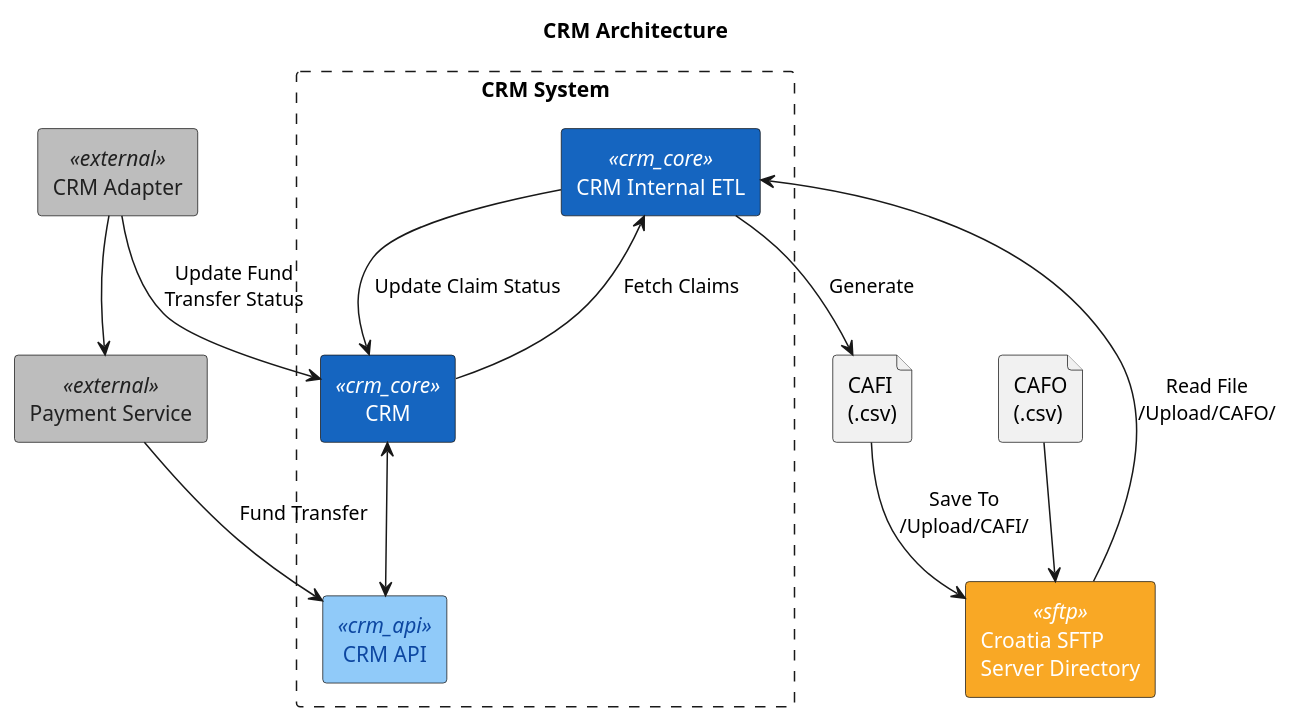
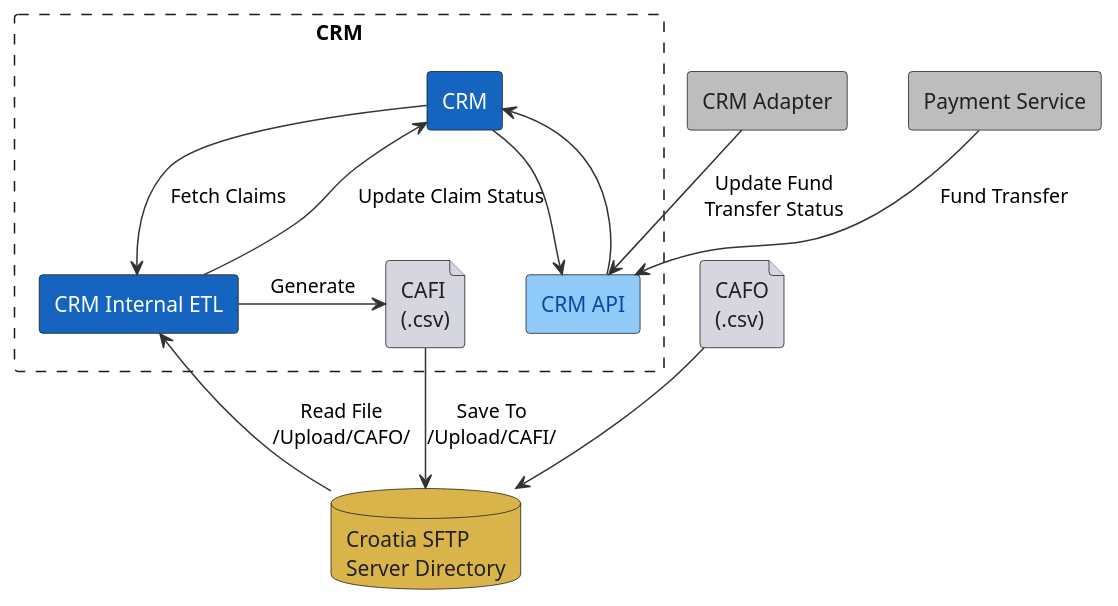
The diagram in crm_plantuml.puml (AdhamNour/plantuml_learning), drawn with PlantUML before and after one commit.

Commit message:
Restyle diagram to match reference architecture drawing
- Drop stereotype labels (hide stereotype) and give SFTP a database
  cylinder shape and the CAFI/CAFO files a neutral gray fill, matching
  the reference instead of the ad hoc component-diagram styling.
- Switch arrows to a muted dark gray and move CAFI inside the CRM
  boundary alongside CRM/ETL/API, as shown in the reference.
- Route CRM Adapter and Payment Service both into CRM API rather than
  CRM Adapter going to CRM directly, matching the reference's topology.
- Drop the title and rename the boundary back to plain "CRM" to mirror
  the reference's corner label.

```diff
--- a/crm_plantuml.puml
+++ b/crm_plantuml.puml
@@ -1,55 +1,63 @@
 @startuml CRM_Architecture
-title CRM Architecture
+
+hide stereotype
 
 skinparam rectangle {
   BackgroundColor<<crm_core>> #1565C0
   FontColor<<crm_core>> white
   BackgroundColor<<crm_api>> #90CAF9
   FontColor<<crm_api>> #0D47A1
-  BackgroundColor<<sftp>> #F9A825
-  FontColor<<sftp>> white
   BackgroundColor<<external>> #BDBDBD
   FontColor<<external>> #212121
+}
+skinparam database {
+  BackgroundColor #D9B44A
+  FontColor #212121
+}
+skinparam file {
+  BackgroundColor #D6D6E0
+  FontColor #212121
 }
 
 skinparam defaultFontName Arial
 skinparam shadowing false
-skinparam nodesep 45
-skinparam ranksep 55
+skinparam ArrowColor #333333
+skinparam nodesep 40
+skinparam ranksep 50
 
-rectangle "CRM System" as boundary #line.dashed {
+rectangle "CRM" as boundary #line.dashed {
   rectangle "CRM" as CRM <<crm_core>>
   rectangle "CRM Internal ETL" as ETL <<crm_core>>
+  file "CAFI\n(.csv)" as CAFI
   rectangle "CRM API" as API <<crm_api>>
 }
 
+database "Croatia SFTP\nServer Directory" as SFTP
 file "CAFO\n(.csv)" as CAFO
-rectangle "Croatia SFTP\nServer Directory" as SFTP <<sftp>>
-file "CAFI\n(.csv)" as CAFI
 
 rectangle "CRM Adapter" as Adapter <<external>>
 rectangle "Payment Service" as Payment <<external>>
 
 ' Internal ETL flows
-CRM --> ETL : Fetch Claims
-ETL --> CRM : Update Claim Status
+CRM -right-> ETL : Fetch Claims
+CRM <-up- ETL : Update Claim Status
 
 ' CRM <-> API
-CRM <--> API
+CRM -down-> API
+API -up-> CRM
 
 ' File generation and SFTP
-ETL --> CAFI : Generate
+ETL -right-> CAFI : Generate
 CAFI --> SFTP : Save To\n/Upload/CAFI/
 
 ' SFTP back to ETL
 SFTP -left-> ETL : Read File\n/Upload/CAFO/
 
 ' CAFO on SFTP
 CAFO --> SFTP
 
 ' External flows
-Adapter --> CRM : Update Fund\nTransfer Status
-Adapter -right-> Payment
+Adapter --> API : Update Fund\nTransfer Status
 Payment --> API : Fund Transfer
 
 @enduml
```
